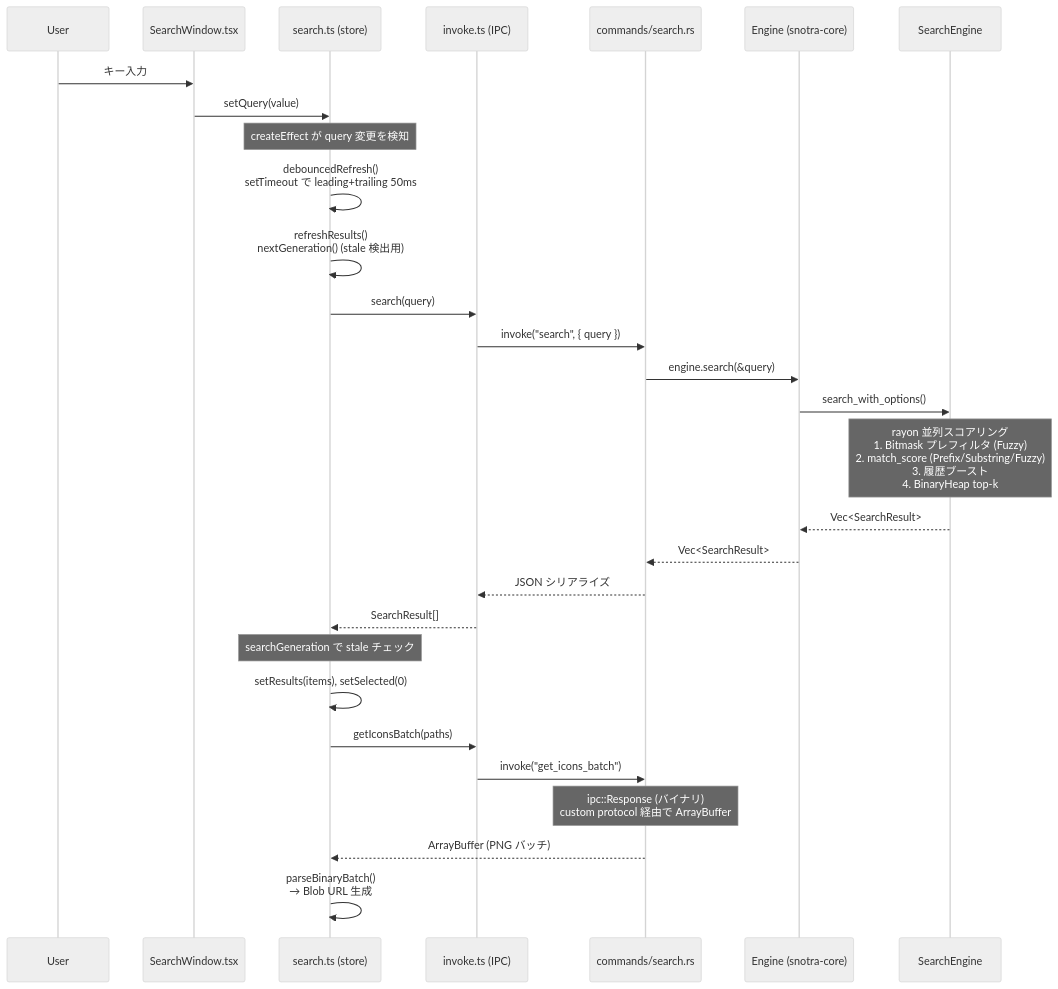
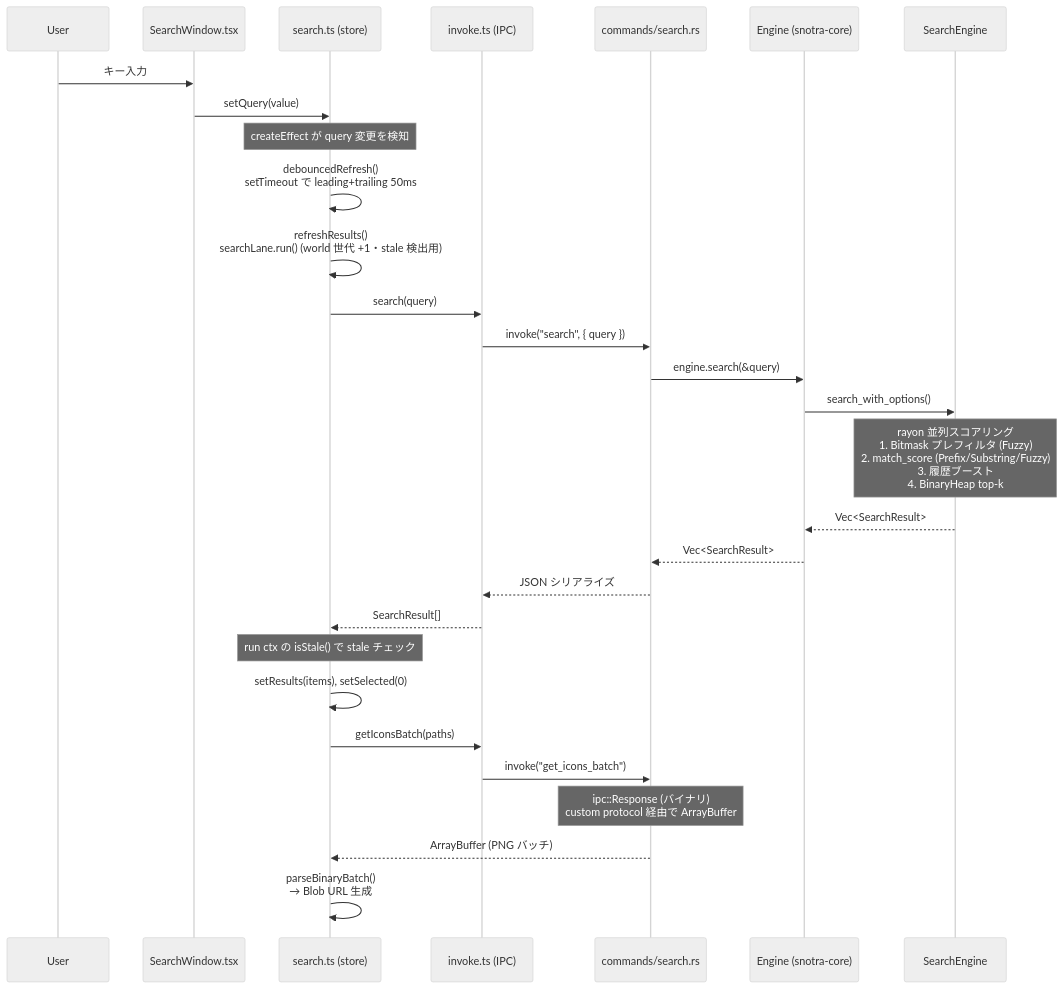
Before and after one commit to finelagusaz/Snotra: the diagram in docs/architecture.md, drawn with Mermaid (neutral theme). The commit also changed other lines of this file and 8 other files, not shown here.

Commit message:
refactor(ui): search.ts の非同期調停を latestRun(supersede) primitive に集約する (#540)

````diff
--- a/docs/architecture.md
+++ b/docs/architecture.md
@@ -171,42 +171,42 @@
 ```mermaid
 sequenceDiagram
     participant User
     participant SW as SearchWindow.tsx
     participant SS as search.ts (store)
     participant API as invoke.ts (IPC)
     participant Cmd as commands/search.rs
     participant Eng as Engine (snotra-core)
     participant SE as SearchEngine
 
     User->>SW: キー入力
     SW->>SS: setQuery(value)
 
     Note over SS: createEffect が query 変更を検知
 
     SS->>SS: debouncedRefresh()<br/>setTimeout で leading+trailing 50ms
 
-    SS->>SS: refreshResults()<br/>nextGeneration() (stale 検出用)
+    SS->>SS: refreshResults()<br/>searchLane.run() (world 世代 +1・stale 検出用)
     SS->>API: search(query)
     API->>Cmd: invoke("search", { query })
     Cmd->>Eng: engine.search(&query)
     Eng->>SE: search_with_options()
 
     Note over SE: rayon 並列スコアリング<br/>1. Bitmask プレフィルタ (Fuzzy)<br/>2. match_score (Prefix/Substring/Fuzzy)<br/>3. 履歴ブースト<br/>4. BinaryHeap top-k
 
     SE-->>Eng: Vec<SearchResult>
     Eng-->>Cmd: Vec<SearchResult>
     Cmd-->>API: JSON シリアライズ
     API-->>SS: SearchResult[]
 
-    Note over SS: searchGeneration で stale チェック
+    Note over SS: run ctx の isStale() で stale チェック
 
     SS->>SS: setResults(items), setSelected(0)
 
     SS->>API: getIconsBatch(paths)
     API->>Cmd: invoke("get_icons_batch")
 
     Note over Cmd: ipc::Response (バイナリ)<br/>custom protocol 経由で ArrayBuffer
 
     Cmd-->>SS: ArrayBuffer (PNG バッチ)
     SS->>SS: parseBinaryBatch()<br/>→ Blob URL 生成
 ```
````
